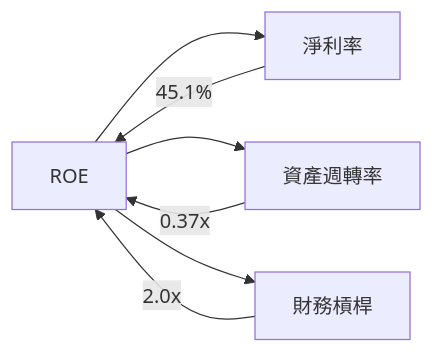
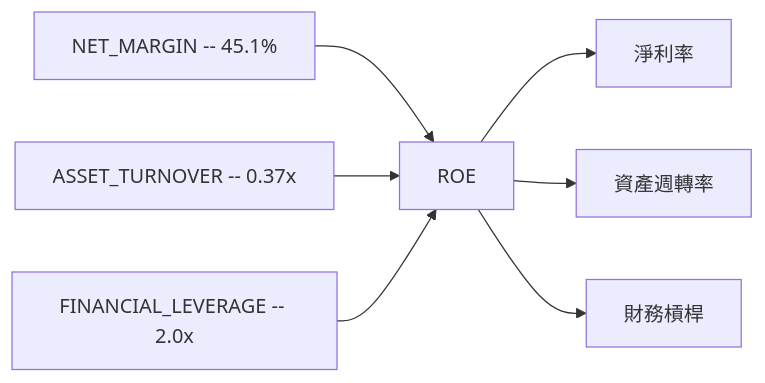
The ninth of 14 diagrams in ai_gen_report/stock/tsm/fundamental_analysis_2026-04-07_openai.md (yennanliu/finance_data), drawn with Mermaid before and after one commit. The commit also changed other lines of this file and 2258 other files, not shown here.

First line of the commit message:
chore: backfill Mermaid syntax repair across existing reports

````diff
--- a/ai_gen_report/stock/tsm/fundamental_analysis_2026-04-07_openai.md
+++ b/ai_gen_report/stock/tsm/fundamental_analysis_2026-04-07_openai.md
@@ -422,16 +422,16 @@
 ```mermaid
 graph LR
     ROE["ROE"]
 
     NET_MARGIN["淨利率"]
     ASSET_TURNOVER["資產週轉率"]
     FINANCIAL_LEVERAGE["財務槓桿"]
 
     ROE --> NET_MARGIN
     ROE --> ASSET_TURNOVER
     ROE --> FINANCIAL_LEVERAGE
 
-    NET_MARGIN -- 45.1% --> ROE
-    ASSET_TURNOVER -- 0.37x --> ROE
-    FINANCIAL_LEVERAGE -- 2.0x --> ROE
+    nb1["NET_MARGIN -- 45.1%"] --> ROE
+    nb2["ASSET_TURNOVER -- 0.37x"] --> ROE
+    nb3["FINANCIAL_LEVERAGE -- 2.0x"] --> ROE
 ```
````
